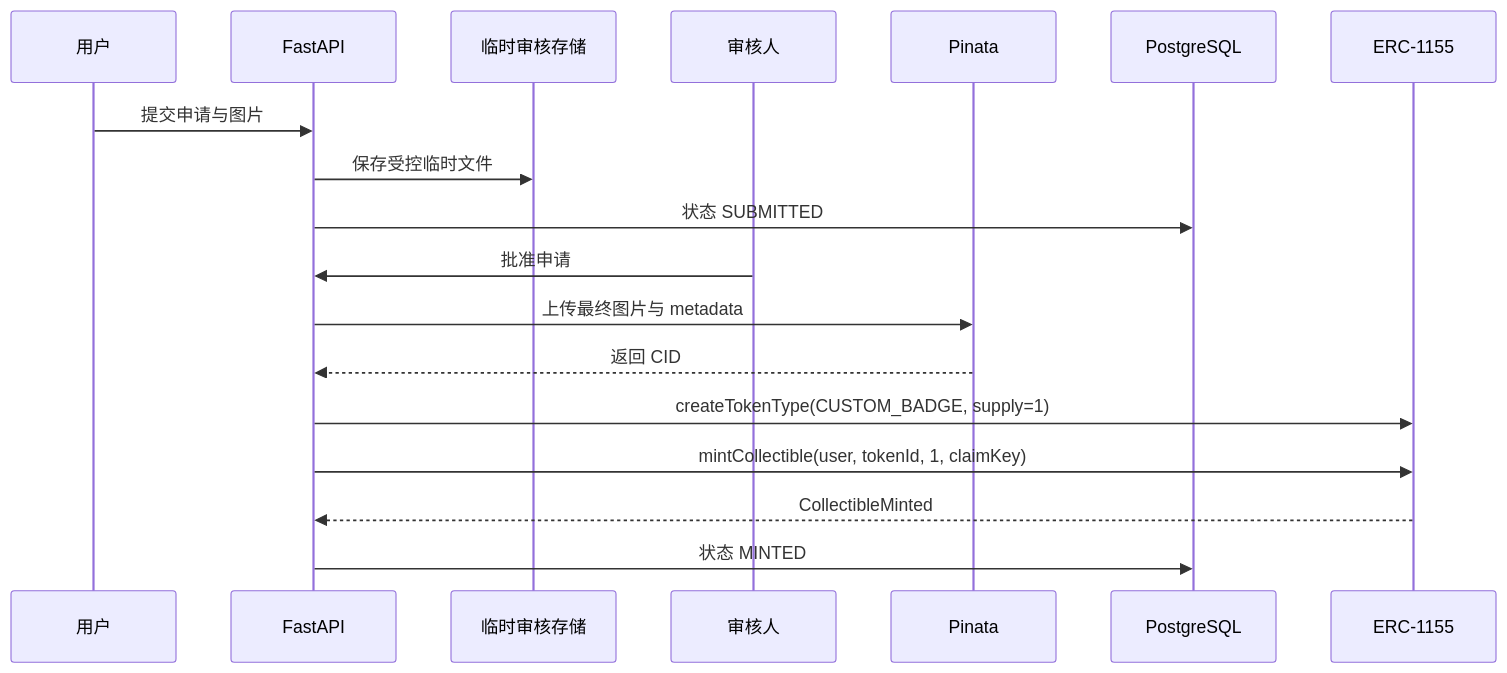
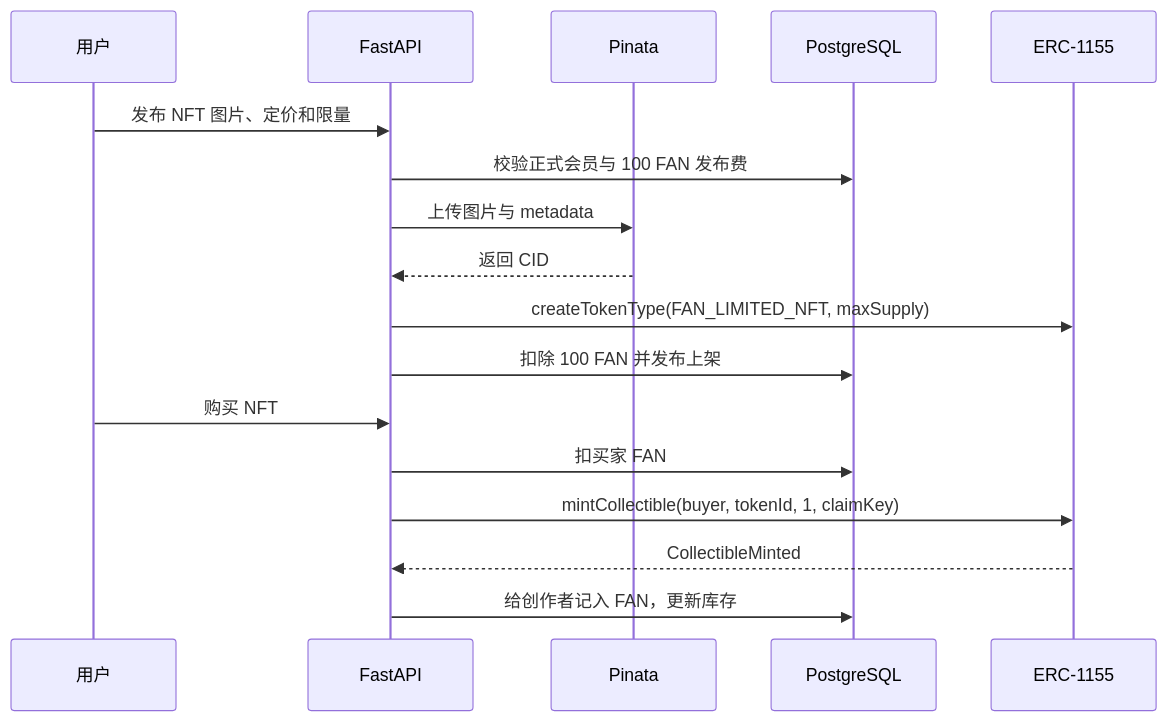
One commit to ouminghai/Fanora changed the fifth of 5 diagrams in docs/ARCHITECTURE.md. Above: the diagram before and after it, drawn with Mermaid. The commit also changed other lines of this file and 181 other files, not shown here.

Commit message:
feat: launch wallet auth and fan NFT marketplace

````diff
--- a/docs/ARCHITECTURE.md
+++ b/docs/ARCHITECTURE.md
@@ -361,21 +361,20 @@
 ```mermaid
 sequenceDiagram
     participant U as 用户
     participant B as FastAPI
-    participant S as 临时审核存储
-    participant R as 审核人
     participant P as Pinata
     participant D as PostgreSQL
     participant C as ERC-1155
 
-    U->>B: 提交申请与图片
-    B->>S: 保存受控临时文件
-    B->>D: 状态 SUBMITTED
-    R->>B: 批准申请
-    B->>P: 上传最终图片与 metadata
+    U->>B: 发布 NFT 图片、定价和限量
+    B->>D: 校验正式会员与 100 FAN 发布费
+    B->>P: 上传图片与 metadata
     P-->>B: 返回 CID
-    B->>C: createTokenType(CUSTOM_BADGE, supply=1)
-    B->>C: mintCollectible(user, tokenId, 1, claimKey)
+    B->>C: createTokenType(FAN_LIMITED_NFT, maxSupply)
+    B->>D: 扣除 100 FAN 并发布上架
+    U->>B: 购买 NFT
+    B->>D: 扣买家 FAN
+    B->>C: mintCollectible(buyer, tokenId, 1, claimKey)
     C-->>B: CollectibleMinted
-    B->>D: 状态 MINTED
+    B->>D: 给创作者记入 FAN，更新库存
 ```
````
